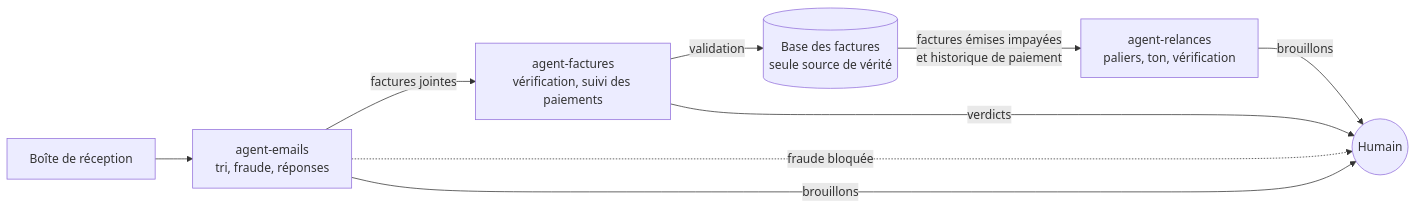
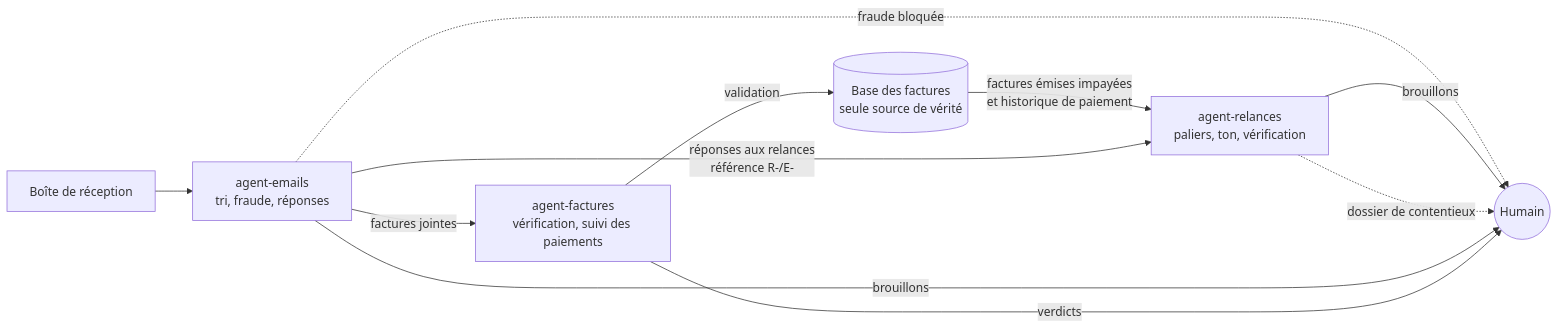
The diagram in README.md (micouaidan55/agent-pme-suite), drawn with Mermaid before and after one commit. The commit also changed other lines of this file and 1 other file, not shown here.

Commit message:
docs: V2 d'agent-relances (réponses, échéanciers, contentieux) dans la page et le GIF

````diff
--- a/README.md
+++ b/README.md
@@ -21,11 +21,13 @@
 ```mermaid
 flowchart LR
     M[Boîte de réception] --> E[agent-emails<br/>tri, fraude, réponses]
     E -- factures jointes --> F[agent-factures<br/>vérification, suivi des paiements]
     E -. fraude bloquée .-> H((Humain))
     F -- validation --> DB[(Base des factures<br/>seule source de vérité)]
     DB -- factures émises impayées<br/>et historique de paiement --> R[agent-relances<br/>paliers, ton, vérification]
     R -- brouillons --> H
+    E -- réponses aux relances<br/>référence R-/E- --> R
+    R -. dossier de contentieux .-> H
     E -- brouillons --> H
     F -- verdicts --> H
 ```
````
